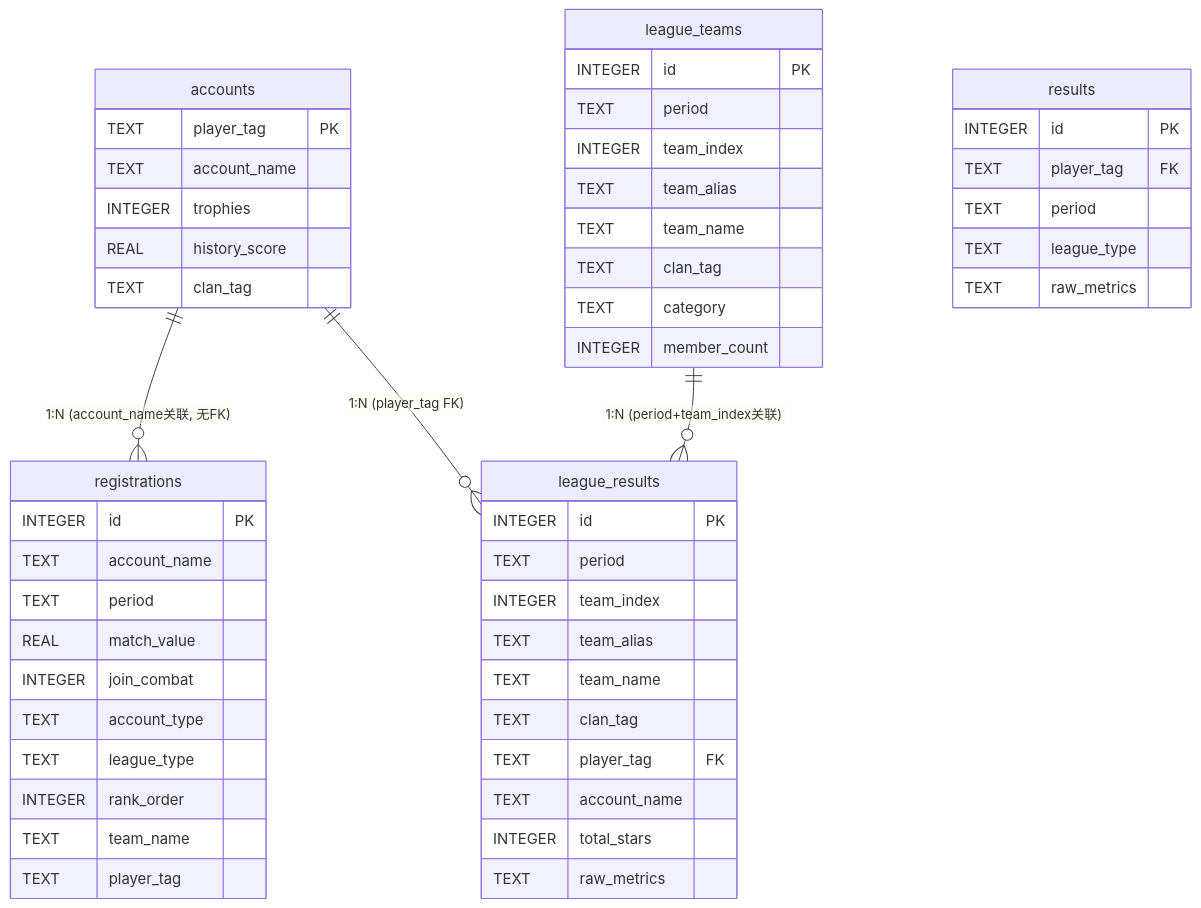
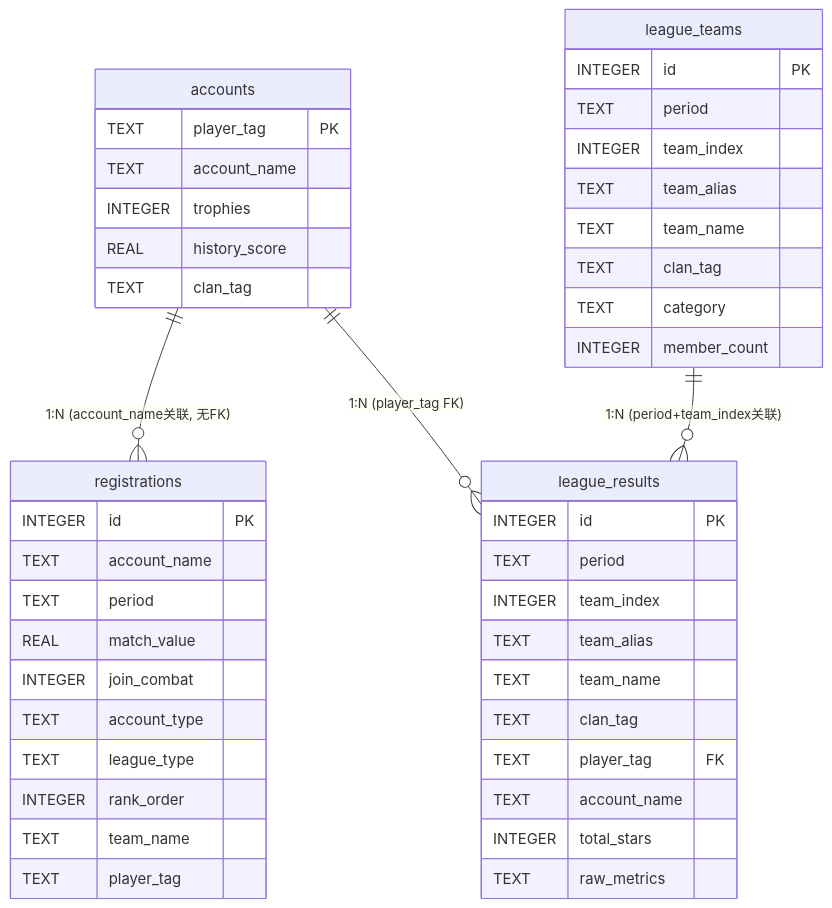
The first of 3 diagrams in docs/02-database.md (Pluto1944/sky-admin), drawn with Mermaid before and after one commit. The commit also changed other lines of this file and 33 other files, not shown here.

````diff
--- a/docs/02-database.md
+++ b/docs/02-database.md
@@ -48,60 +48,53 @@
 ```mermaid
 erDiagram
     accounts ||--o{ registrations : "1:N (account_name关联, 无FK)"
     accounts ||--o{ league_results : "1:N (player_tag FK)"
 
     league_teams ||--o{ league_results : "1:N (period+team_index关联)"
 
     accounts {
         TEXT player_tag PK
         TEXT account_name
         INTEGER trophies
         REAL history_score
         TEXT clan_tag
     }
 
     registrations {
         INTEGER id PK
         TEXT account_name
         TEXT period
         REAL match_value
         INTEGER join_combat
         TEXT account_type
         TEXT league_type
         INTEGER rank_order
         TEXT team_name
         TEXT player_tag
     }
 
     league_teams {
         INTEGER id PK
         TEXT period
         INTEGER team_index
         TEXT team_alias
         TEXT team_name
         TEXT clan_tag
         TEXT category
         INTEGER member_count
     }
 
     league_results {
         INTEGER id PK
         TEXT period
         INTEGER team_index
         TEXT team_alias
         TEXT team_name
         TEXT clan_tag
         TEXT player_tag FK
         TEXT account_name
         INTEGER total_stars
         TEXT raw_metrics
     }
 
-    results {
-        INTEGER id PK
-        TEXT player_tag FK
-        TEXT period
-        TEXT league_type
-        TEXT raw_metrics
-    }
 ```
````
